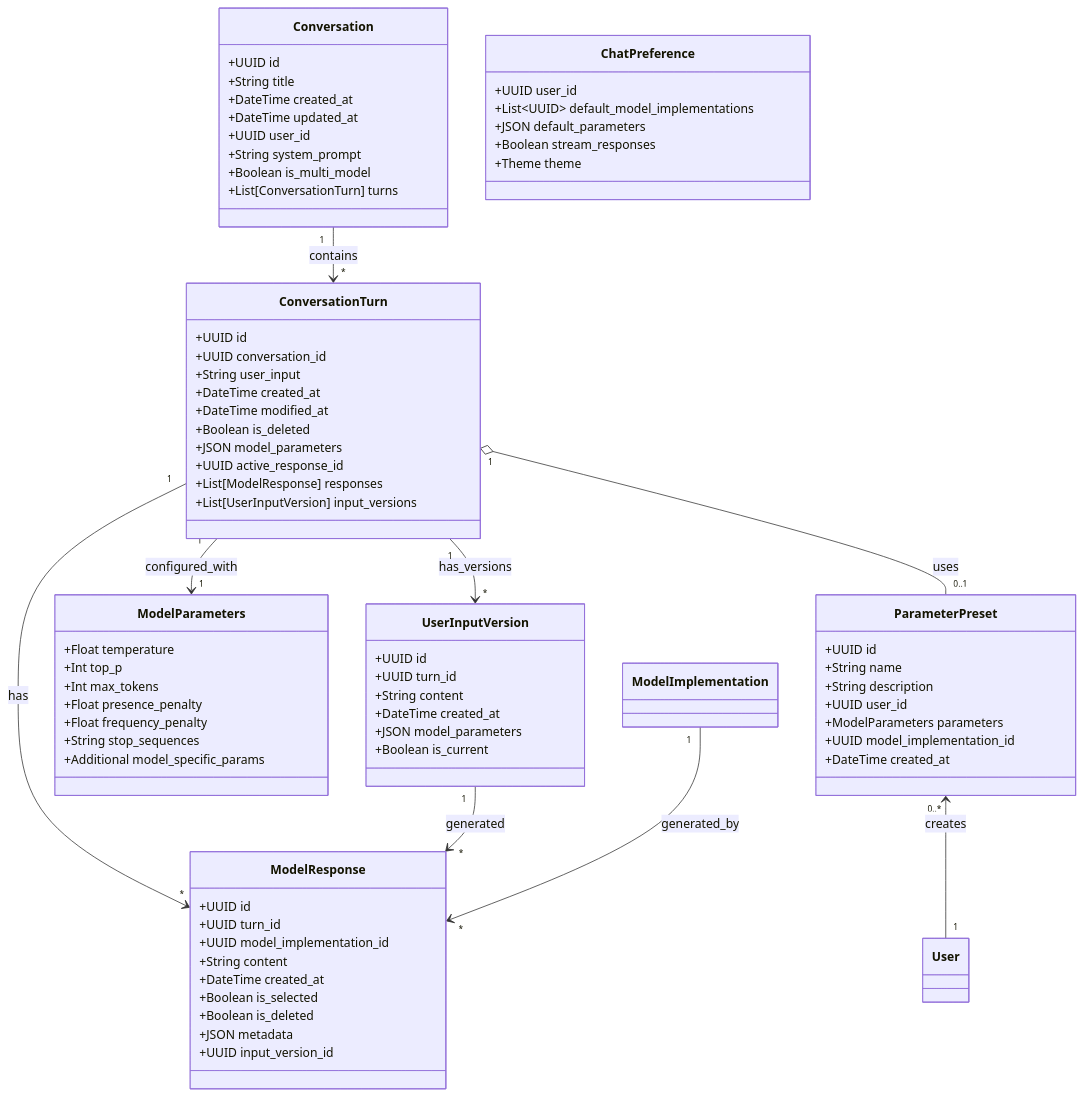
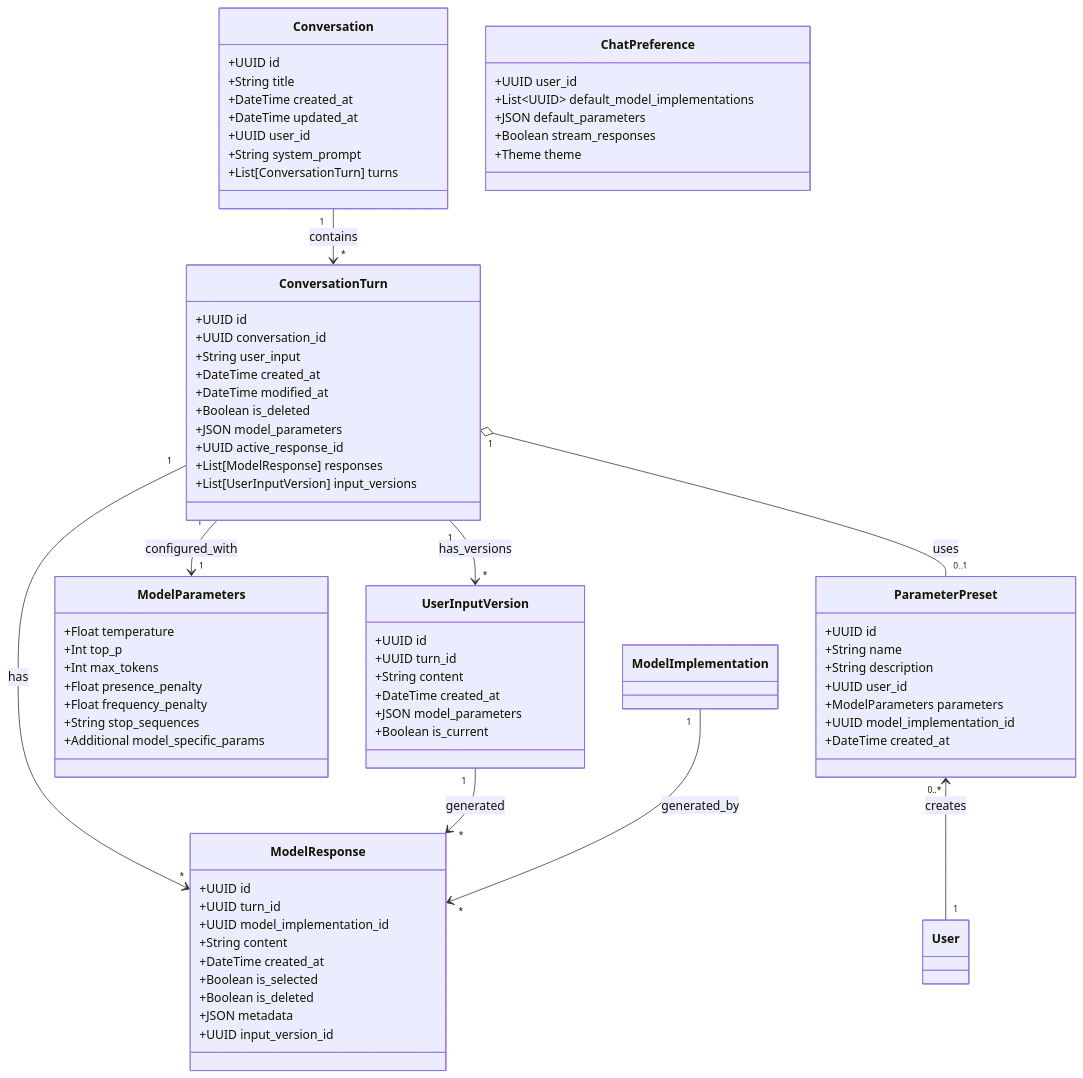
One commit to V1ki/MyAgent changed the second of 13 diagrams in docs/chat_design.md. Above: the diagram before and after it, drawn with Mermaid. The commit also changed 14 other files, not shown here.

```diff
--- a/docs/chat_design.md
+++ b/docs/chat_design.md
@@ -53,7 +53,6 @@
         +DateTime updated_at
         +UUID user_id
         +String system_prompt
-        +Boolean is_multi_model
         +List[ConversationTurn] turns
     }
     
```
